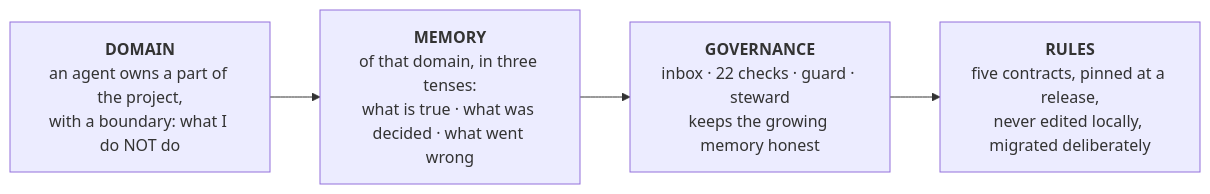
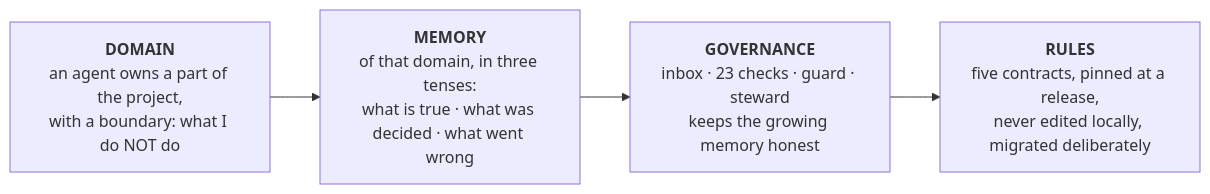
One commit to CritosAI/critos changed the diagram in README.md. Above: the diagram before and after it, drawn with Mermaid. The commit also changed other lines of this file and 6 other files, not shown here.

````diff
--- a/README.md
+++ b/README.md
@@ -83,8 +83,8 @@
 ```mermaid
 flowchart LR
     D["<b>DOMAIN</b><br/>an agent owns a part of the project,<br/>with a boundary: what I do NOT do"]
     M["<b>MEMORY</b><br/>of that domain, in three tenses:<br/>what is true · what was decided · what went wrong"]
-    G["<b>GOVERNANCE</b><br/>inbox · 22 checks · guard · steward<br/>keeps the growing memory honest"]
+    G["<b>GOVERNANCE</b><br/>inbox · 23 checks · guard · steward<br/>keeps the growing memory honest"]
     R["<b>RULES</b><br/>five contracts, pinned at a release,<br/>never edited locally, migrated deliberately"]
     D --> M --> G --> R
 ```
````
